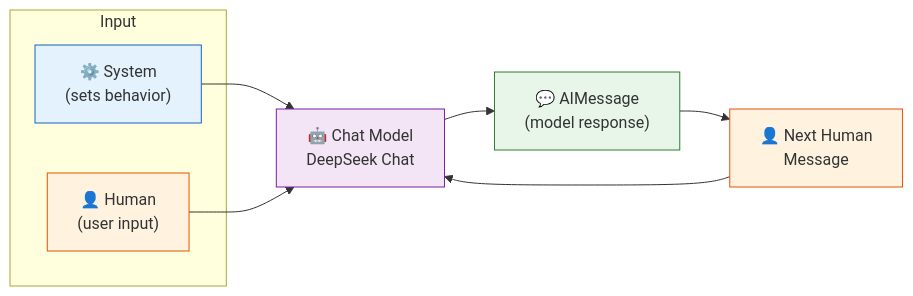
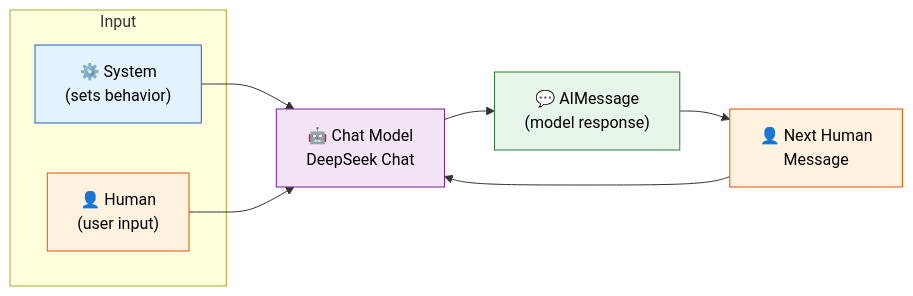
One commit to remolaan/Agentic-AI-Cookbook changed the first of 3 diagrams in 04_chat_models/README.md. Above: the diagram before and after it, drawn with Mermaid. The commit also changed other lines of this file and 45 other files, not shown here.

Commit message:
Fix Mermaid diagram text colors for readability across all READMEs

````diff
--- a/04_chat_models/README.md
+++ b/04_chat_models/README.md
@@ -15,18 +15,18 @@
 ```mermaid
 flowchart LR
     subgraph Input
         S["⚙️ System<br/>(sets behavior)"]
         H["👤 Human<br/>(user input)"]
     end
     S --> C["🤖 Chat Model<br/>DeepSeek Chat"]
     H --> C
     C --> A["💬 AIMessage<br/>(model response)"]
     A --> H2["👤 Next Human<br/>Message"]
     H2 --> C
     
-    style S fill:#e3f2fd,stroke:#1565c0
-    style H fill:#fff3e0,stroke:#e65100
-    style H2 fill:#fff3e0,stroke:#e65100
-    style C fill:#f3e5f5,stroke:#7b1fa2
-    style A fill:#e8f5e9,stroke:#2e7d32
+    style S fill:#e3f2fd,stroke:#1565c0,color:#000000
+    style H fill:#fff3e0,stroke:#e65100,color:#000000
+    style H2 fill:#fff3e0,stroke:#e65100,color:#000000
+    style C fill:#f3e5f5,stroke:#7b1fa2,color:#000000
+    style A fill:#e8f5e9,stroke:#2e7d32,color:#000000
 ```
````
